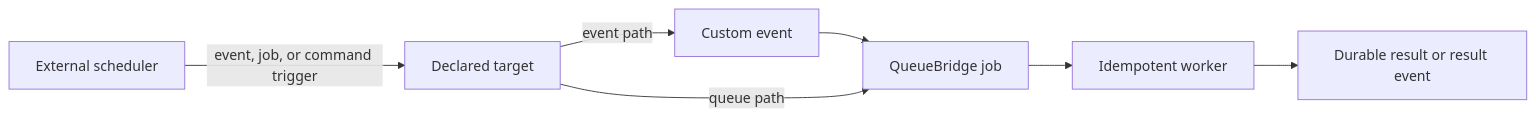
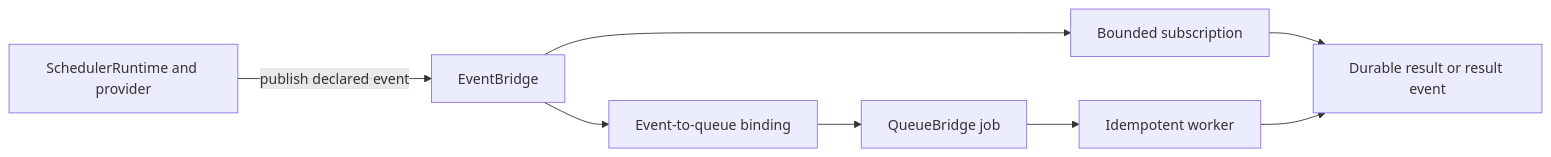
One commit to puristajs/purista changed the diagram in web/src/content/handbook/framework/build-services/schedule-event-queue-result/index.md. Above: the diagram before and after it, drawn with Mermaid. The commit also changed other lines of this file and 296 other files, not shown here.

````diff
--- a/web/src/content/handbook/framework/build-services/schedule-event-queue-result/index.md
+++ b/web/src/content/handbook/framework/build-services/schedule-event-queue-result/index.md
@@ -12,9 +25,10 @@
 ```mermaid title="Scheduled service flow"
 flowchart LR
-  S[External scheduler] -->|event, job, or command trigger| T[Declared target]
-  T -->|event path| E[Custom event]
-  E --> Q[QueueBridge job]
-  T -->|queue path| Q
+  S[SchedulerRuntime and provider] -->|publish declared event| E[EventBridge]
+  E --> B[Event-to-queue binding]
+  E --> U[Bounded subscription]
+  B --> Q[QueueBridge job]
   Q --> W[Idempotent worker]
+  U --> R
   W --> R[Durable result or result event]
 ```
````
